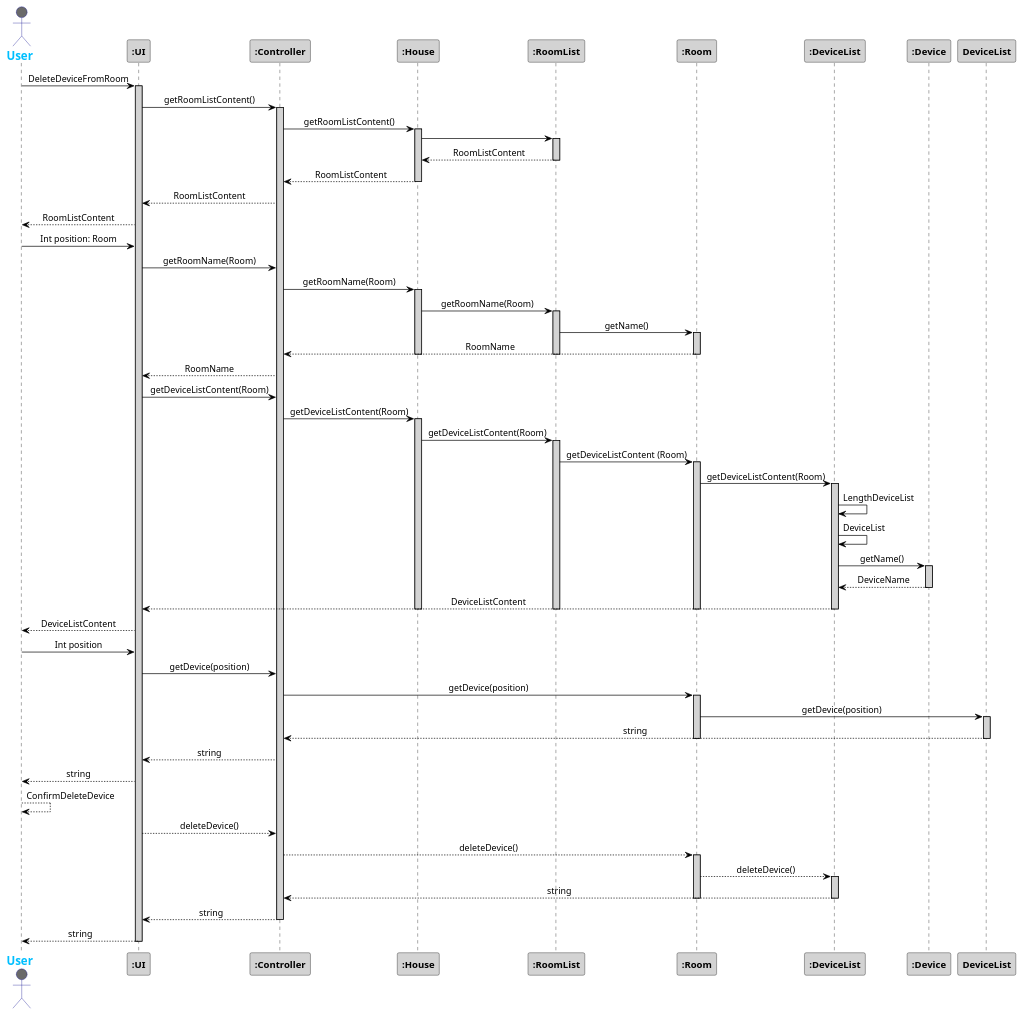
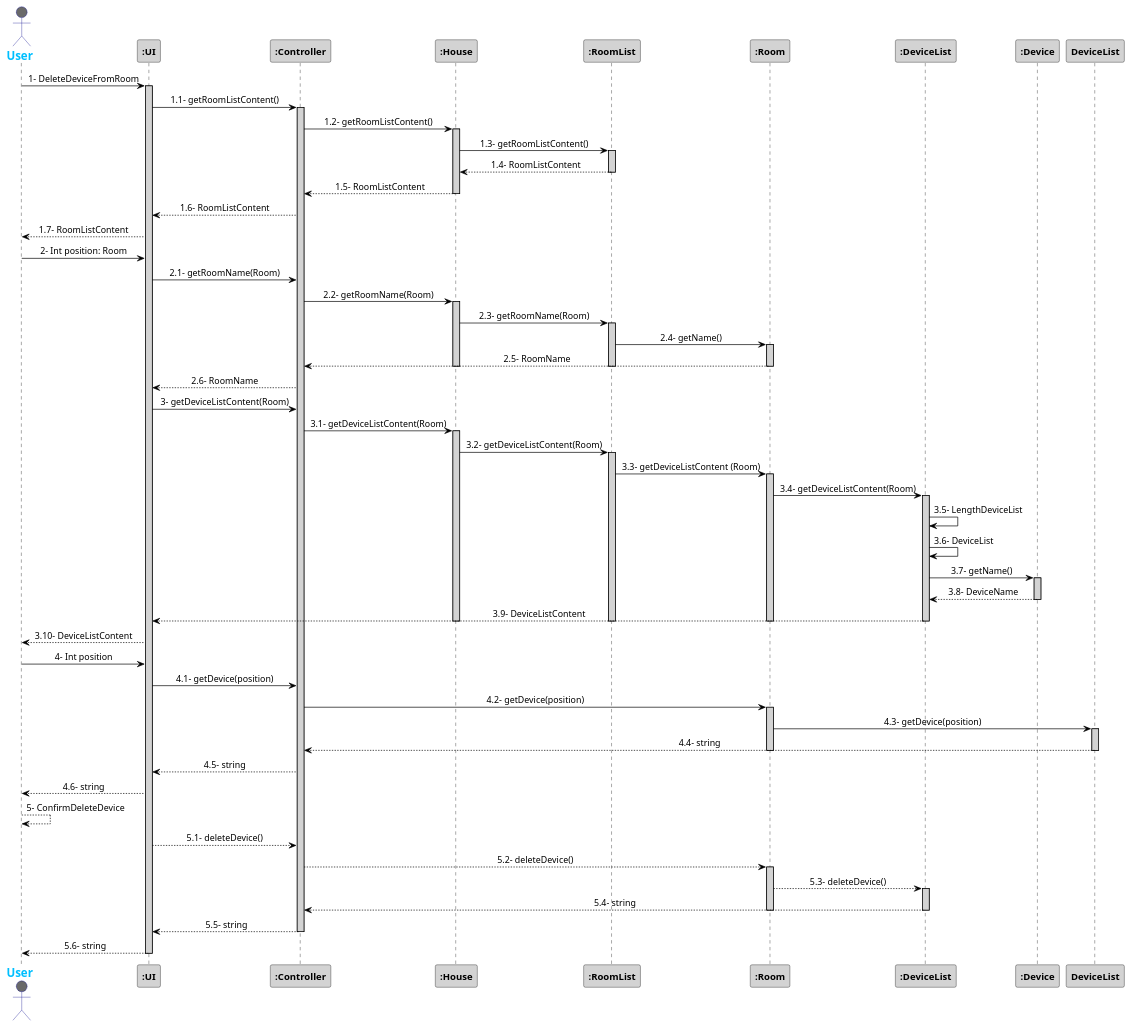
Before and after one commit to 1181687/hateoasToy: the diagram in src/Docs/Sprint3/DeleteDeviceFromRoom.puml, drawn with PlantUML. The commit also changed 1 other file, not shown here.

Commit message:
Changes to Sequence Diagrams (Deactivate Device and Delete Device)

```diff
--- a/src/Docs/Sprint3/DeleteDeviceFromRoom.puml
+++ b/src/Docs/Sprint3/DeleteDeviceFromRoom.puml
@@ -1,100 +1,101 @@
 @startuml
 skinparam sequenceMessageAlign center
 skinparam sequence {
 	ArrowColor Black
 	ActorBorderColor DarkBlue
 	LifeLineBorderColor black
 	LifeLineBackgroundColor LightGrey
 
 	ParticipantBorderColor Black
 	ParticipantBackgroundColor LightGrey
 	ParticipantFontStyle Bold
 
 	ActorBackgroundColor DimGrey
 	ActorFontColor DeepSkyBlue
 	ActorFontStyle Bold
 	ActorFontSize 17
 	ActorFontName Aapex
 }
 
 actor User
-User -> ":UI": DeleteDeviceFromRoom
+User -> ":UI": 1- DeleteDeviceFromRoom
 activate ":UI"
-":UI" -> ":Controller": getRoomListContent()
+":UI" -> ":Controller": 1.1- getRoomListContent()
 activate ":Controller"
-":Controller" -> ":House": getRoomListContent()
+":Controller" -> ":House": 1.2- getRoomListContent()
 activate ":House"
-":House" -> ":RoomList"
+":House" -> ":RoomList": 1.3- getRoomListContent()
 activate ":RoomList"
-":House" <-- ":RoomList": RoomListContent
+":House" <-- ":RoomList": 1.4- RoomListContent
 deactivate ":RoomList"
-":Controller" <-- ":House": RoomListContent
+":Controller" <-- ":House": 1.5- RoomListContent
 deactivate ":House"
-":UI" <-- ":Controller": RoomListContent
-User <-- ":UI": RoomListContent
+":UI" <-- ":Controller": 1.6- RoomListContent
+User <-- ":UI": 1.7- RoomListContent
 
-User -> ":UI": Int position: Room
-":UI" -> ":Controller": getRoomName(Room)
-":Controller" -> ":House": getRoomName(Room)
+User -> ":UI": 2- Int position: Room
+":UI" -> ":Controller": 2.1- getRoomName(Room)
+":Controller" -> ":House": 2.2- getRoomName(Room)
 activate ":House"
-":House" -> ":RoomList": getRoomName(Room)
+":House" -> ":RoomList": 2.3- getRoomName(Room)
 activate ":RoomList"
-":RoomList" -> ":Room": getName()
+":RoomList" -> ":Room": 2.4- getName()
 activate ":Room"
-":Controller" <-- ":Room": RoomName
+":Controller" <-- ":Room": 2.5- RoomName
 deactivate ":Room"
 deactivate ":RoomList"
 deactivate ":House"
-":UI" <-- ":Controller": RoomName
+":UI" <-- ":Controller": 2.6- RoomName
 
 
 
-":UI" -> ":Controller": getDeviceListContent(Room)
-":Controller" -> ":House": getDeviceListContent(Room)
+":UI" -> ":Controller": 3- getDeviceListContent(Room)
+":Controller" -> ":House": 3.1- getDeviceListContent(Room)
 activate ":House"
-":House" -> ":RoomList": getDeviceListContent(Room)
+":House" -> ":RoomList": 3.2- getDeviceListContent(Room)
 activate ":RoomList"
-":RoomList" -> ":Room": getDeviceListContent (Room)
+":RoomList" -> ":Room": 3.3- getDeviceListContent (Room)
 activate ":Room"
-":Room" -> ":DeviceList": getDeviceListContent(Room)
+":Room" -> ":DeviceList": 3.4- getDeviceListContent(Room)
 activate ":DeviceList"
-":DeviceList" -> ":DeviceList": LengthDeviceList
-":DeviceList" -> ":DeviceList": DeviceList
-":DeviceList" -> ":Device": getName()
+":DeviceList" -> ":DeviceList": 3.5- LengthDeviceList
+":DeviceList" -> ":DeviceList": 3.6- DeviceList
+":DeviceList" -> ":Device": 3.7- getName()
 activate ":Device"
-":DeviceList" <-- ":Device": DeviceName
+":DeviceList" <-- ":Device": 3.8- DeviceName
 deactivate ":Device"
-":UI" <-- ":DeviceList": DeviceListContent
+":UI" <-- ":DeviceList": 3.9- DeviceListContent
 deactivate ":DeviceList"
 deactivate ":Room"
 deactivate ":RoomList"
 deactivate ":House"
-User <-- ":UI": DeviceListContent
+User <-- ":UI": 3.10- DeviceListContent
 
-User -> ":UI": Int position
-":UI" -> ":Controller": getDevice(position)
-":Controller" -> ":Room": getDevice(position)
+User -> ":UI": 4- Int position
+":UI" -> ":Controller": 4.1- getDevice(position)
+":Controller" -> ":Room": 4.2- getDevice(position)
 activate ":Room"
-":Room" -> DeviceList: getDevice(position)
+":Room" -> DeviceList: 4.3- getDevice(position)
 activate DeviceList
-":Controller" <-- DeviceList : string
+":Controller" <-- DeviceList: 4.4- string
 deactivate DeviceList
 deactivate ":Room"
 
-":UI" <-- ":Controller": string
-User <-- ":UI": string
-User --> User: ConfirmDeleteDevice
-":UI" --> ":Controller": deleteDevice()
-":Controller" --> ":Room": deleteDevice()
+":UI" <-- ":Controller": 4.5- string
+User <-- ":UI": 4.6- string
+
+User --> User: 5- ConfirmDeleteDevice
+":UI" --> ":Controller": 5.1- deleteDevice()
+":Controller" --> ":Room": 5.2- deleteDevice()
 activate ":Room"
-":Room" --> ":DeviceList": deleteDevice()
+":Room" --> ":DeviceList": 5.3- deleteDevice()
 activate ":DeviceList"
-":Controller" <-- ":DeviceList": string
+":Controller" <-- ":DeviceList": 5.4- string
 deactivate ":DeviceList"
 deactivate ":Room"
-":UI" <-- ":Controller": string
+":UI" <-- ":Controller": 5.5- string
 deactivate ":Controller"
-User <-- ":UI": string
+User <-- ":UI": 5.6- string
 deactivate ":UI"
 
 @enduml
```
